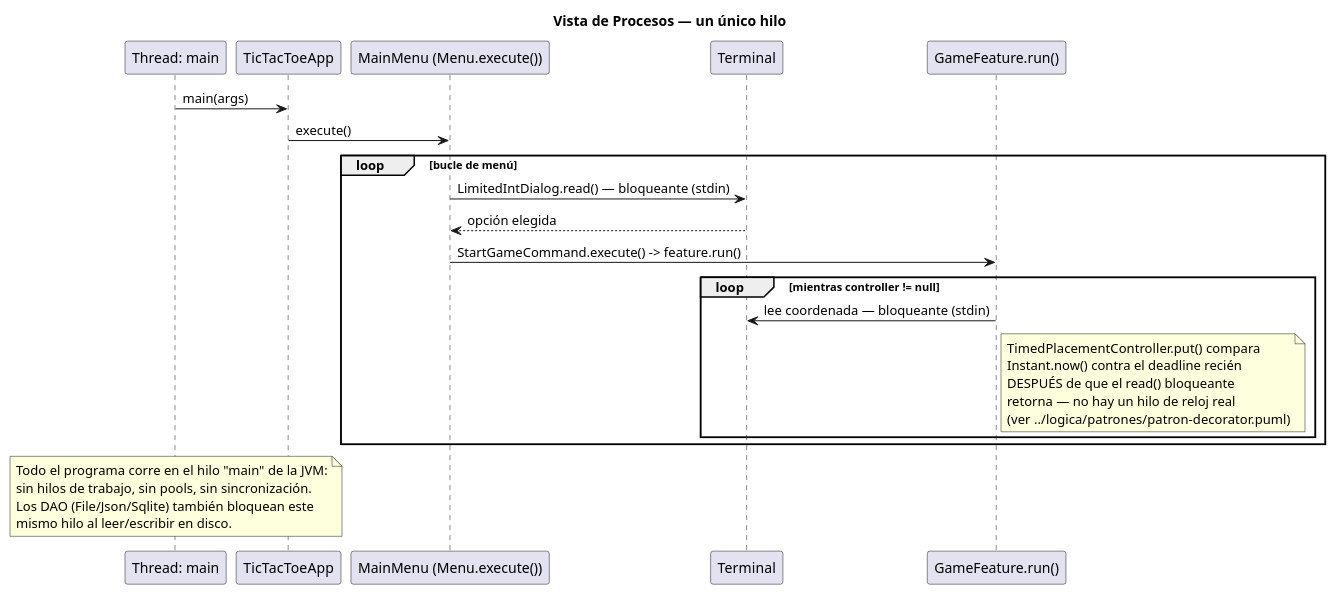
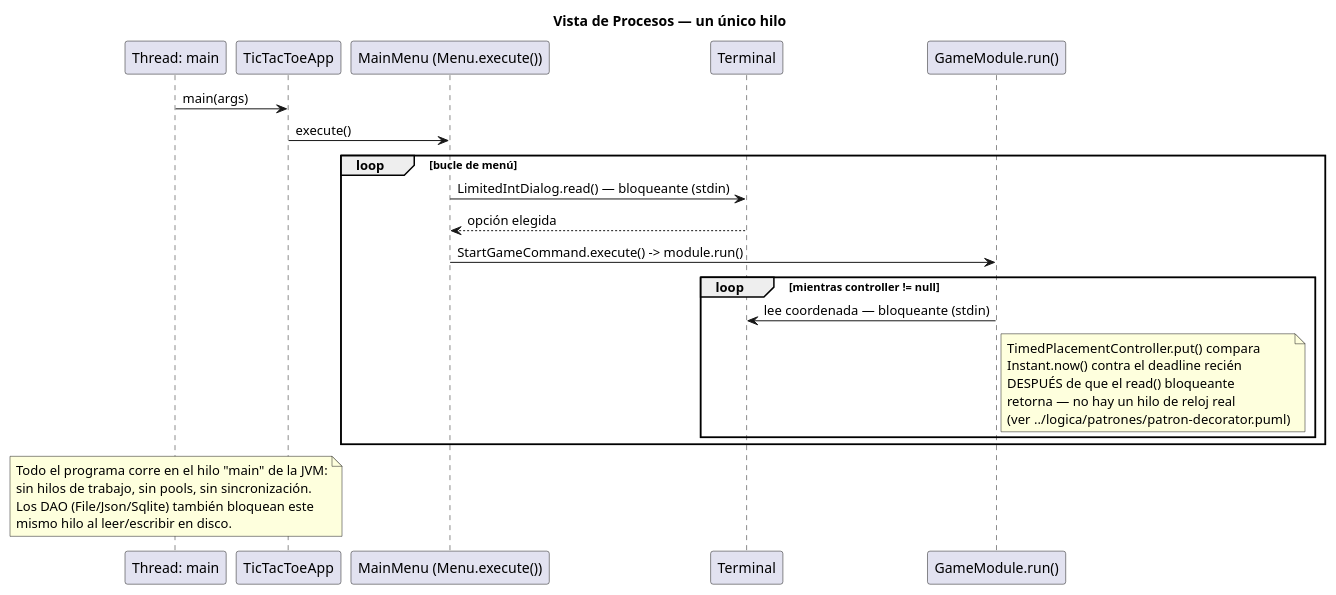
The diagram in docs/4+1views/procesos/hilo-unico.puml (pcarroza/tictactoe-java), drawn with PlantUML before and after one commit. The commit also changed 396 other files, not shown here.

```diff
--- a/docs/4+1views/procesos/hilo-unico.puml
+++ b/docs/4+1views/procesos/hilo-unico.puml
@@ -1,34 +1,34 @@
 @startuml hilo-unico
 title Vista de Procesos — un único hilo
 
 participant "Thread: main" as main
 participant TicTacToeApp
 participant "MainMenu (Menu.execute())" as menu
 participant Terminal
-participant "GameFeature.run()" as game
+participant "GameModule.run()" as game
 
 main -> TicTacToeApp : main(args)
 TicTacToeApp -> menu : execute()
 loop bucle de menú
   menu -> Terminal : LimitedIntDialog.read() — bloqueante (stdin)
   Terminal --> menu : opción elegida
-  menu -> game : StartGameCommand.execute() -> feature.run()
+  menu -> game : StartGameCommand.execute() -> module.run()
   loop mientras controller != null
     game -> Terminal : lee coordenada — bloqueante (stdin)
     note right of game
       TimedPlacementController.put() compara
       Instant.now() contra el deadline recién
       DESPUÉS de que el read() bloqueante
       retorna — no hay un hilo de reloj real
       (ver ../logica/patrones/patron-decorator.puml)
     end note
   end
 end
 
 note over main
   Todo el programa corre en el hilo "main" de la JVM:
   sin hilos de trabajo, sin pools, sin sincronización.
   Los DAO (File/Json/Sqlite) también bloquean este
   mismo hilo al leer/escribir en disco.
 end note
 @enduml
```
